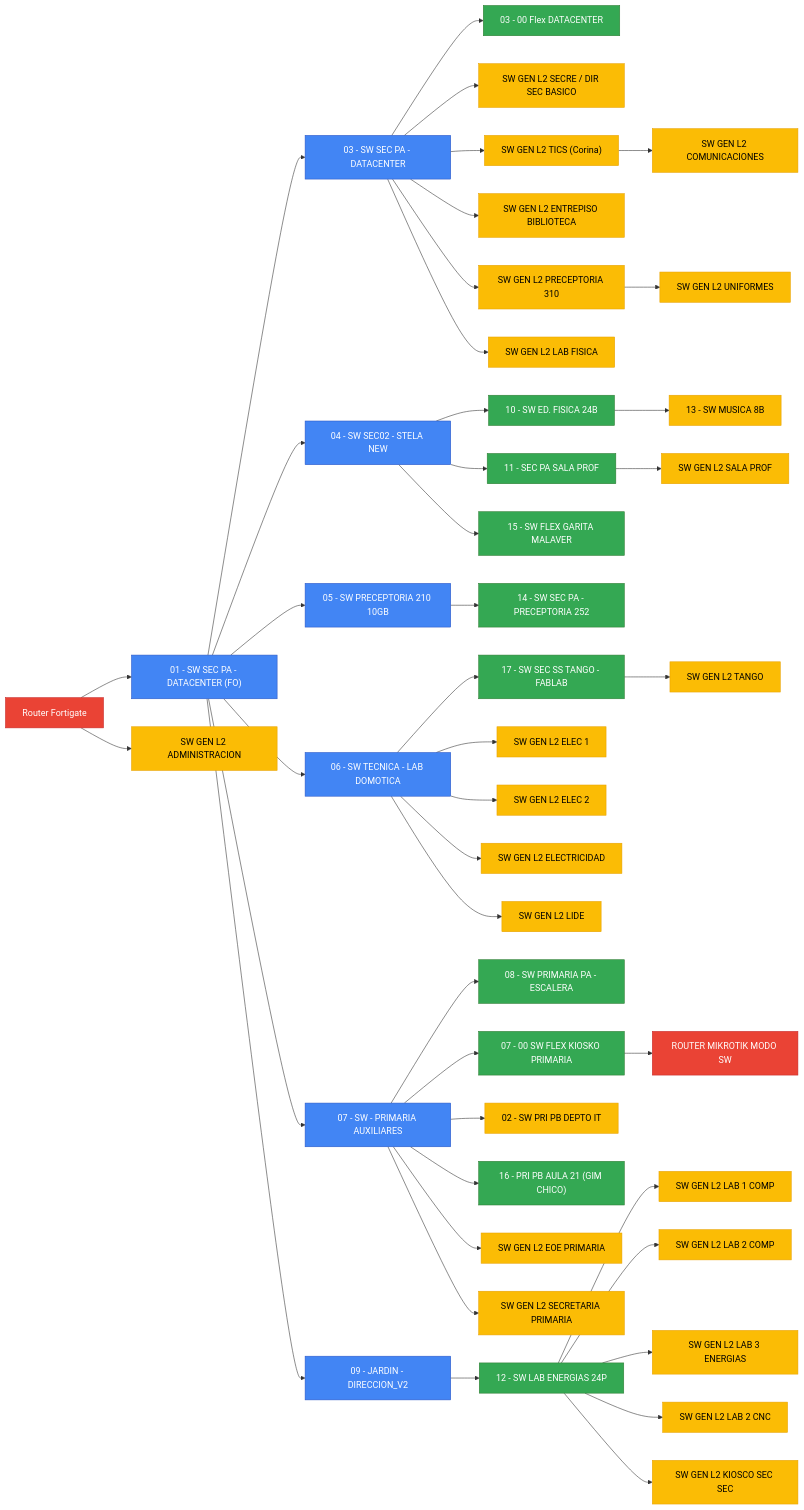
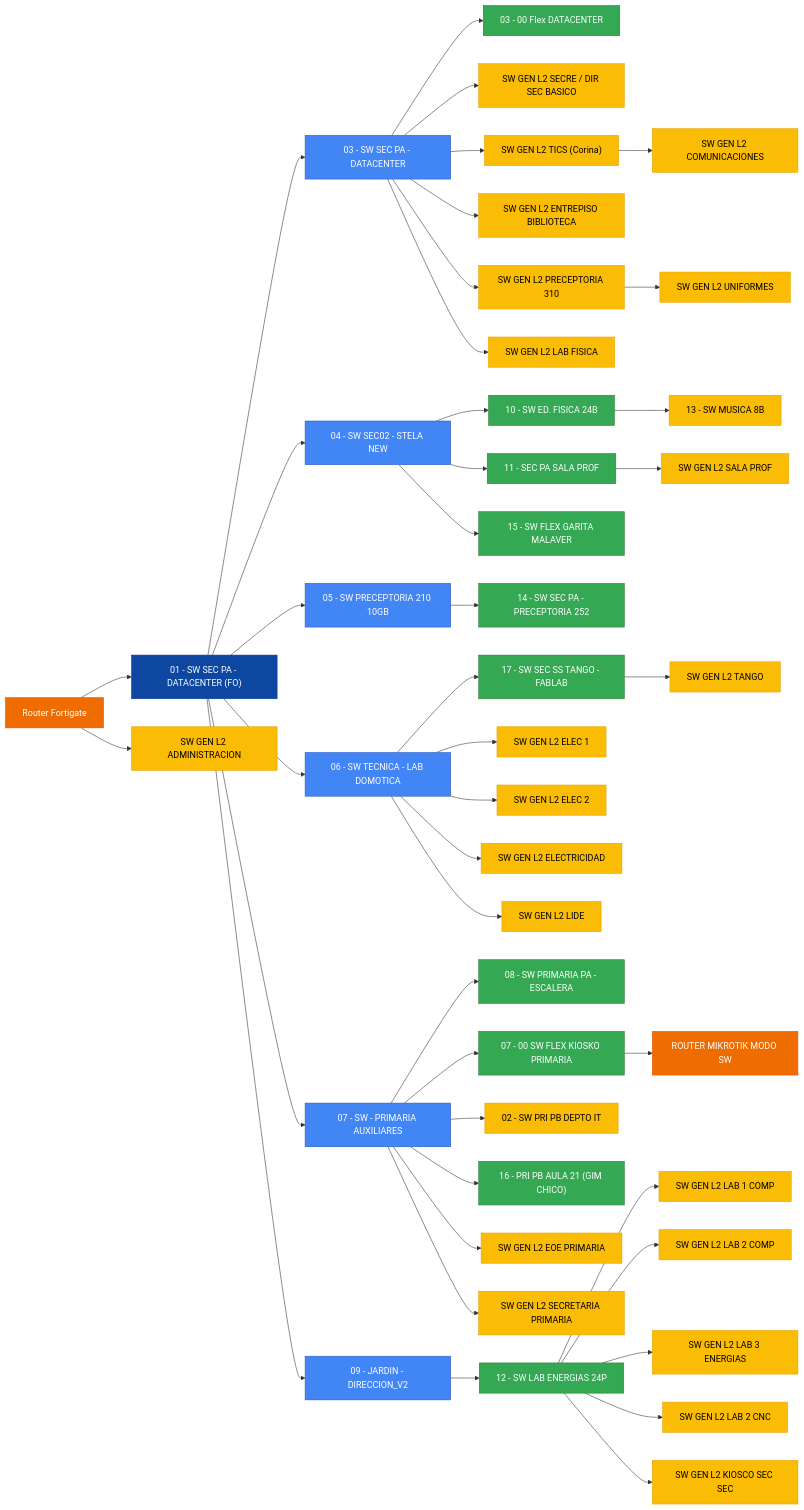
Before and after one commit to carlostcba/Topologia-LSF: the diagram in README.md, drawn with Mermaid.

````diff
--- a/README.md
+++ b/README.md
@@ -2,64 +2,64 @@
 ```mermaid
 flowchart LR
 
     classDef enrutamiento fill:#EA4335,stroke:#C62828,color:white;
     classDef core fill:#0D47A1,stroke:#0B3C91,color:white;
     classDef distribucion fill:#4285F4,stroke:#2A56C6,color:white;
     classDef redistribucion fill:#34A853,stroke:#2E7D32,color:white;
     classDef acceso fill:#FBBC05,stroke:#E8A203,color:black;
-    classDef especial fill:#EA4335,stroke:#C62828,color:white;
+    classDef especial fill:#EF6C00,stroke:#E65100,color:white;
 
     RF[Router Fortigate] --> C01["01 - SW SEC PA - DATACENTER (FO)"]
     RF --> S02["SW GEN L2 ADMINISTRACION"]
     C01 --> S03["03 - SW SEC PA - DATACENTER"]
     S03 --> FLEX1["03 - 00 Flex DATACENTER"]
     S03 --> S031["SW GEN L2 SECRE / DIR SEC BASICO"]
     S03 --> S032["SW GEN L2 TICS (Corina)"]
     S032 --> S036["SW GEN L2 COMUNICACIONES"]
     S03 --> S033["SW GEN L2 ENTREPISO BIBLIOTECA"]
     S03 --> S034["SW GEN L2 PRECEPTORIA 310"]
     S034 --> S037["SW GEN L2 UNIFORMES"]
     S03 --> S035["SW GEN L2 LAB FISICA"]
 
     C01 --> S04["04 - SW SEC02 - STELA NEW"]
     S04 --> E10["10 - SW ED. FISICA 24B"]
     E10 --> M13["13 - SW MUSICA 8B"]
     S04 --> P11["11 - SEC PA SALA PROF"]
     P11 --> SPROF["SW GEN L2 SALA PROF"]
     S04 --> FLEX2["15 - SW FLEX GARITA MALAVER"]
 
     C01 --> S05["05 - SW PRECEPTORIA 210 10GB"]
     S05 --> P14["14 - SW SEC PA - PRECEPTORIA 252"]
 
     C01 --> S06["06 - SW TECNICA - LAB DOMOTICA"]
     S06 --> T17["17 - SW SEC SS TANGO - FABLAB"]
     T17 --> TANGO["SW GEN L2 TANGO"]
     S06 --> ELEC1["SW GEN L2 ELEC 1"]
     S06 --> ELEC2["SW GEN L2 ELEC 2"]
     S06 --> ELEC3["SW GEN L2 ELECTRICIDAD"]
     S06 --> LIDE["SW GEN L2 LIDE"]
 
     C01 --> S07["07 - SW - PRIMARIA AUXILIARES"]
     S07 --> P08["08 - SW PRIMARIA PA - ESCALERA"]
     S07 --> K07["07 - 00 SW FLEX KIOSKO PRIMARIA"]
     K07 --> RMIK["ROUTER MIKROTIK MODO SW"]
     S07 --> D02["02 - SW PRI PB DEPTO IT"]
     S07 --> G16["16 - PRI PB AULA 21 (GIM CHICO)"]
     S07 --> EOE["SW GEN L2 EOE PRIMARIA"]
     S07 --> SPRI["SW GEN L2 SECRETARIA PRIMARIA"]
 
     C01 --> S09["09 - JARDIN - DIRECCION_V2"]
     S09 --> L12["12 - SW LAB ENERGIAS 24P"]
     L12 --> LC1["SW GEN L2 LAB 1 COMP"]
     L12 --> LC2["SW GEN L2 LAB 2 COMP"]
     L12 --> LE3["SW GEN L2 LAB 3 ENERGIAS"]
     L12 --> CNC["SW GEN L2 LAB 2 CNC"]
     L12 --> KSEC["SW GEN L2 KIOSCO SEC SEC"]
 
     class RF, enrutamiento;
     class C01 core;
-    class C01,S03,S04,S05,S06,S07,S09 distribucion;
+    class S03,S04,S05,S06,S07,S09 distribucion;
     class FLEX1,FLEX2,P11,E10,P14,T17,P08,K07,G16,L12 redistribucion;
     class S031,S032,S033,S034,S035,S036,S037,,M13,SPROF,TANGO,ELEC1,ELEC2,ELEC3,LIDE,D02,EOE,SPRI,LC1,LC2,LE3,CNC,KSEC,S02 acceso;
     class RF,RMIK especial;
 ```
````
